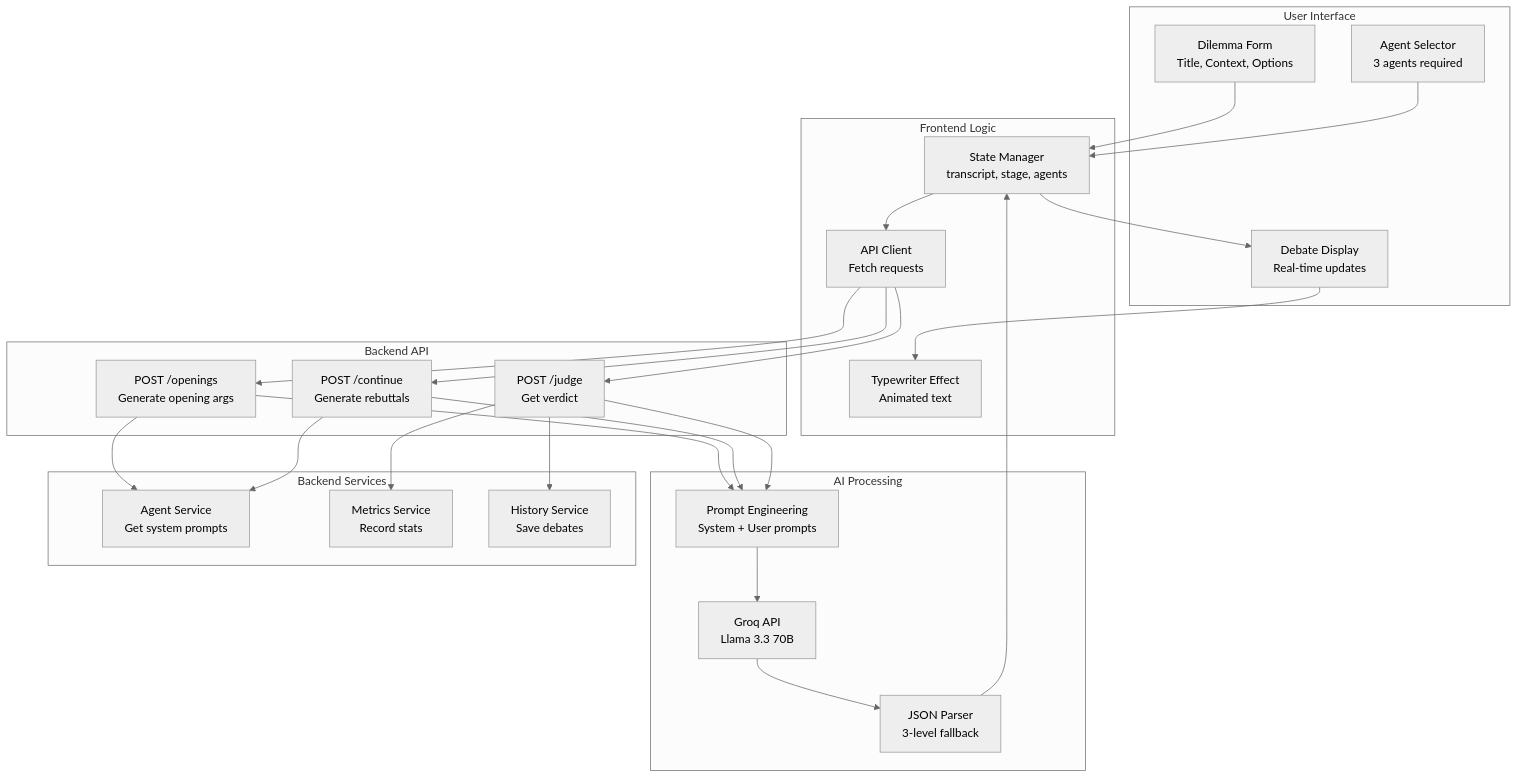
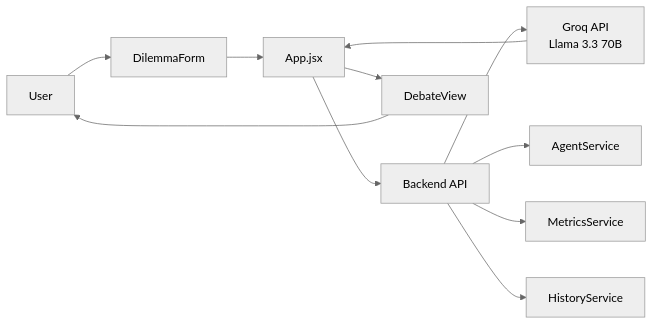
The third of 22 diagrams in docs/feature-architecture-diagrams.md (khattam/MirrorMind-AI), drawn with Mermaid (neutral theme) before and after one commit. The commit also changed other lines of this file, not shown here.

Commit message:
Clean up architecture diagrams - remove text explanations, simplify system architecture diagram

````diff
--- a/docs/feature-architecture-diagrams.md
+++ b/docs/feature-architecture-diagrams.md
@@ -63,55 +155,16 @@
 ```mermaid
-graph TB
-    subgraph User["User Interface"]
-        DilemmaForm[Dilemma Form<br/>Title, Context, Options]
-        AgentSelect[Agent Selector<br/>3 agents required]
-        DebateDisplay[Debate Display<br/>Real-time updates]
-    end
+graph LR
+    User[User] --> DilemmaForm[DilemmaForm]
+    DilemmaForm --> App[App.jsx]
     
-    subgraph Frontend["Frontend Logic"]
-        StateManager[State Manager<br/>transcript, stage, agents]
-        APIClient[API Client<br/>Fetch requests]
-        TypewriterEffect[Typewriter Effect<br/>Animated text]
-    end
+    App --> API[Backend API]
+    API --> Groq[Groq API<br/>Llama 3.3 70B]
     
-    subgraph Backend["Backend API"]
-        OpeningsEndpoint[POST /openings<br/>Generate opening args]
-        ContinueEndpoint[POST /continue<br/>Generate rebuttals]
-        JudgeEndpoint[POST /judge<br/>Get verdict]
-    end
+    API --> AgentService[AgentService]
+    API --> MetricsService[MetricsService]
+    API --> HistoryService[HistoryService]
     
-    subgraph AILayer["AI Processing"]
-        GroqAPI[Groq API<br/>Llama 3.3 70B]
-        PromptEngine[Prompt Engineering<br/>System + User prompts]
-        JSONParser[JSON Parser<br/>3-level fallback]
-    end
-    
-    subgraph Services["Backend Services"]
-        AgentService[Agent Service<br/>Get system prompts]
-        MetricsService[Metrics Service<br/>Record stats]
-        HistoryService[History Service<br/>Save debates]
-    end
-
-    
-    DilemmaForm --> StateManager
-    AgentSelect --> StateManager
-    StateManager --> APIClient
-    APIClient --> OpeningsEndpoint
-    APIClient --> ContinueEndpoint
-    APIClient --> JudgeEndpoint
-    
-    OpeningsEndpoint --> AgentService
-    OpeningsEndpoint --> PromptEngine
-    ContinueEndpoint --> AgentService
-    ContinueEndpoint --> PromptEngine
-    JudgeEndpoint --> PromptEngine
-    
-    PromptEngine --> GroqAPI
-    GroqAPI --> JSONParser
-    JSONParser --> StateManager
-    StateManager --> DebateDisplay
-    DebateDisplay --> TypewriterEffect
-    
-    JudgeEndpoint --> MetricsService
-    JudgeEndpoint --> HistoryService
+    Groq --> App
+    App --> DebateView[DebateView]
+    DebateView --> User
 ```
````
